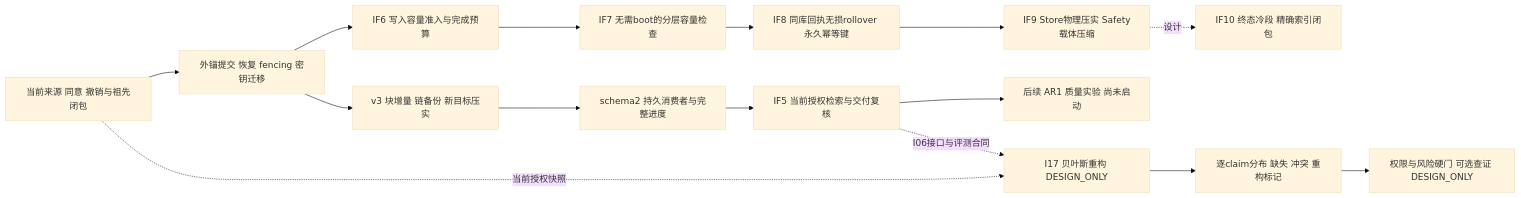
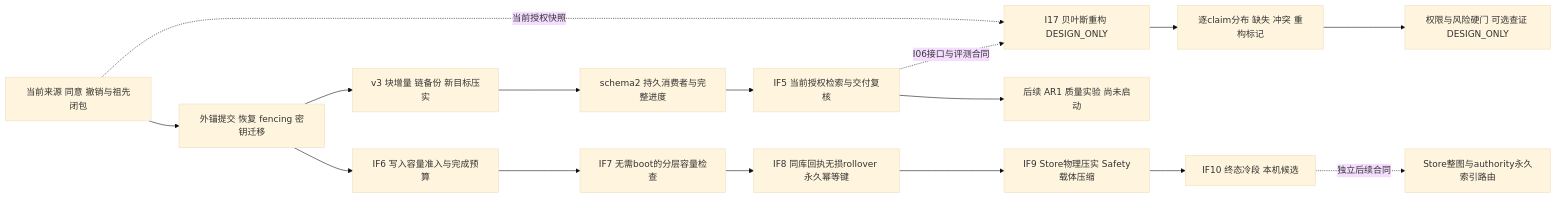
The diagram in docs/AEMC-DEVELOPMENT-STATUS.md (saigyujikingyo-png/companion-core), drawn with Mermaid (base theme) before and after one commit. The commit also changed other lines of this file and 21 other files, not shown here.

````diff
--- a/docs/AEMC-DEVELOPMENT-STATUS.md
+++ b/docs/AEMC-DEVELOPMENT-STATUS.md
@@ -7,17 +7,18 @@
 ```mermaid
 flowchart LR
   A[当前来源 同意 撤销与祖先闭包] --> B[外锚提交 恢复 fencing 密钥迁移]
   B --> C[v3 块增量 链备份 新目标压实]
   C --> D[schema2 持久消费者与完整进度]
   D --> E[IF5 当前授权检索与交付复核]
   B --> F[IF6 写入容量准入与完成预算]
   F --> H[IF7 无需boot的分层容量检查]
   H --> R[IF8 同库回执无损rollover 永久幂等键]
   R --> S[IF9 Store物理压实 Safety载体压缩]
-  S -. 设计 .-> L[IF10 终态冷段 精确索引闭包]
+  S --> L[IF10 终态冷段 本机候选]
+  L -. 独立后续合同 .-> X[Store整图与authority永久索引路由]
   E --> G[后续 AR1 质量实验 尚未启动]
   A -. 当前授权快照 .-> Q[I17 贝叶斯重构 DESIGN_ONLY]
   E -. I06接口与评测合同 .-> Q
   Q --> M[逐claim分布 缺失 冲突 重构标记]
   M --> V[权限与风险硬门 可选查证 DESIGN_ONLY]
 ```
````
